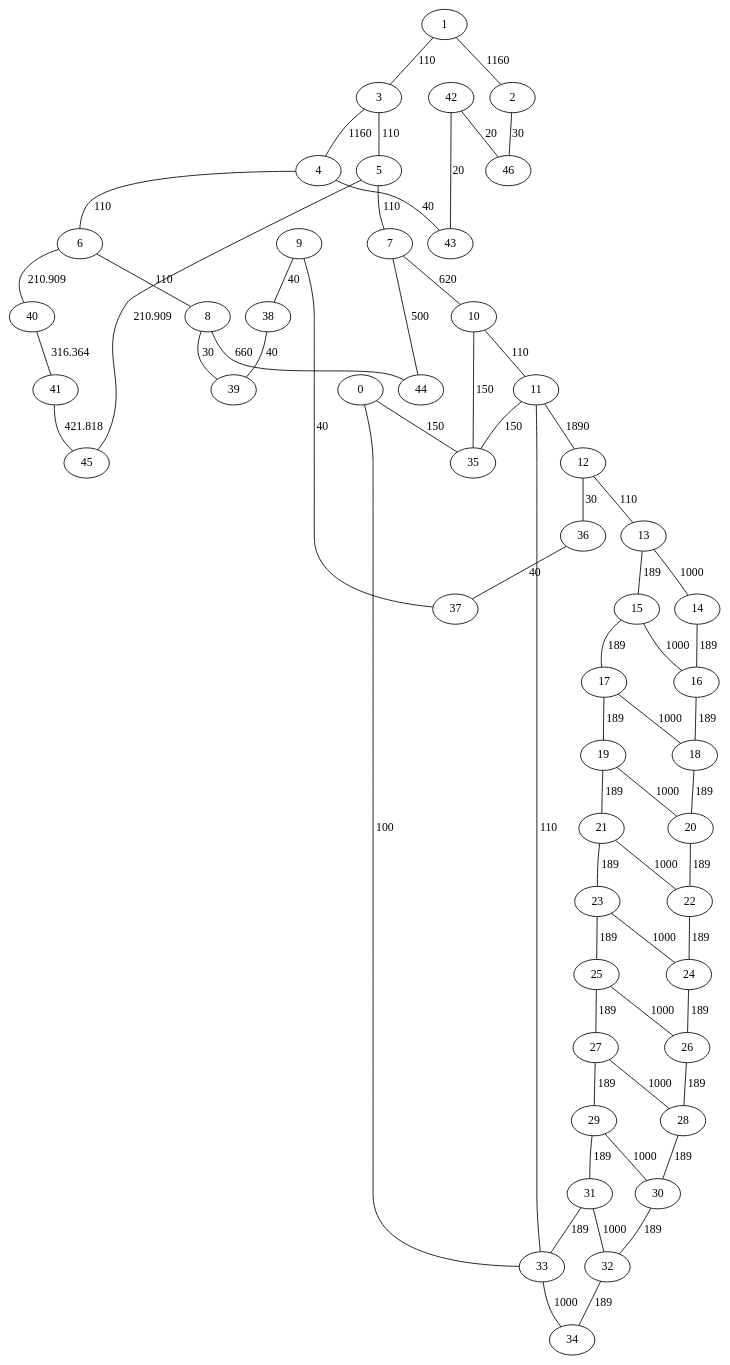
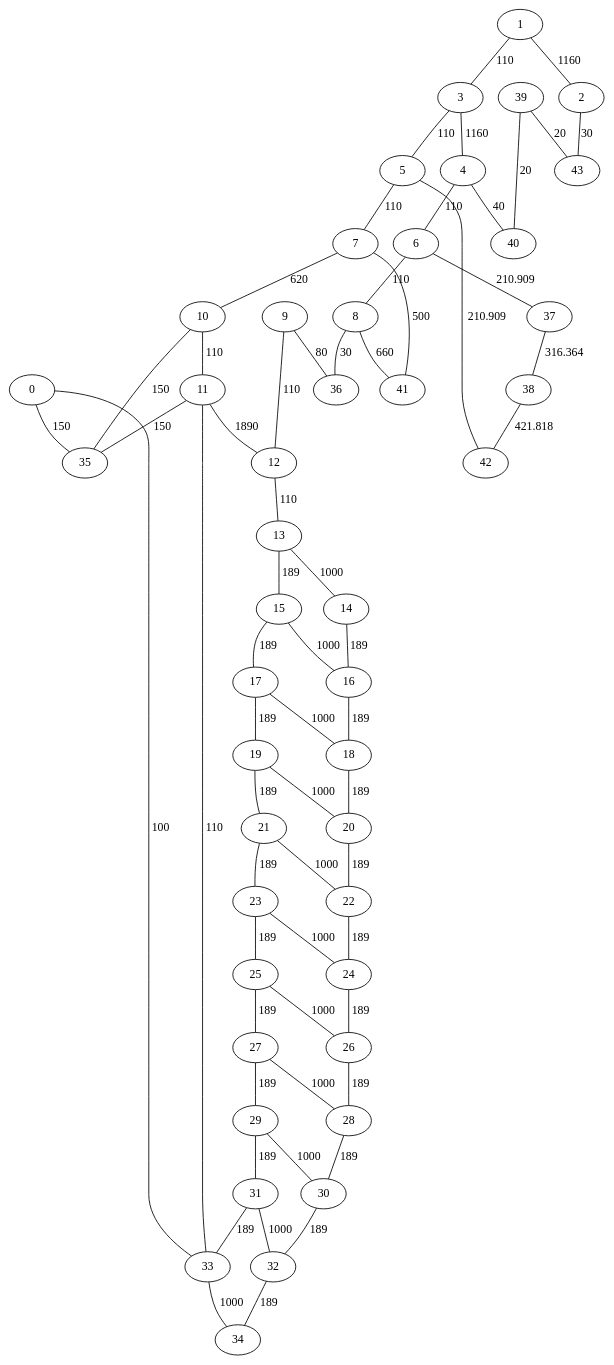
The diagram in step3.dot (EmericBraud/fil_rouge_pharma), drawn with Graphviz before and after one commit. The commit also changed 23 other files, not shown here.

```diff
--- a/step3.dot
+++ b/step3.dot
@@ -1,65 +1,62 @@
 graph Warehouse {
     0 -- 35 [label="150"];
     0 -- 33 [label="100"];
     1 -- 3 [label="110"];
     1 -- 2 [label="1160"];
-    2 -- 46 [label="30"];
+    2 -- 43 [label="30"];
     3 -- 5 [label="110"];
     3 -- 4 [label="1160"];
-    4 -- 43 [label="40"];
+    4 -- 40 [label="40"];
     4 -- 6 [label="110"];
-    5 -- 45 [label="210.909"];
     5 -- 7 [label="110"];
-    6 -- 40 [label="210.909"];
+    5 -- 42 [label="210.909"];
+    6 -- 37 [label="210.909"];
     6 -- 8 [label="110"];
+    7 -- 41 [label="500"];
     7 -- 10 [label="620"];
-    7 -- 44 [label="500"];
-    8 -- 44 [label="660"];
-    8 -- 39 [label="30"];
-    9 -- 38 [label="40"];
-    9 -- 37 [label="40"];
+    8 -- 41 [label="660"];
+    8 -- 36 [label="30"];
+    9 -- 36 [label="80"];
+    9 -- 12 [label="110"];
     10 -- 35 [label="150"];
     10 -- 11 [label="110"];
     11 -- 35 [label="150"];
     11 -- 33 [label="110"];
     11 -- 12 [label="1890"];
-    12 -- 36 [label="30"];
     12 -- 13 [label="110"];
     13 -- 15 [label="189"];
     13 -- 14 [label="1000"];
     14 -- 16 [label="189"];
     15 -- 17 [label="189"];
     15 -- 16 [label="1000"];
     16 -- 18 [label="189"];
     17 -- 19 [label="189"];
     17 -- 18 [label="1000"];
     18 -- 20 [label="189"];
     19 -- 21 [label="189"];
     19 -- 20 [label="1000"];
     20 -- 22 [label="189"];
     21 -- 23 [label="189"];
     21 -- 22 [label="1000"];
     22 -- 24 [label="189"];
     23 -- 25 [label="189"];
     23 -- 24 [label="1000"];
     24 -- 26 [label="189"];
     25 -- 27 [label="189"];
     25 -- 26 [label="1000"];
     26 -- 28 [label="189"];
     27 -- 29 [label="189"];
     27 -- 28 [label="1000"];
     28 -- 30 [label="189"];
     29 -- 31 [label="189"];
     29 -- 30 [label="1000"];
     30 -- 32 [label="189"];
     31 -- 33 [label="189"];
     31 -- 32 [label="1000"];
     32 -- 34 [label="189"];
     33 -- 34 [label="1000"];
-    36 -- 37 [label="40"];
-    38 -- 39 [label="40"];
-    40 -- 41 [label="316.364"];
-    41 -- 45 [label="421.818"];
-    42 -- 43 [label="20"];
-    42 -- 46 [label="20"];
+    37 -- 38 [label="316.364"];
+    38 -- 42 [label="421.818"];
+    39 -- 40 [label="20"];
+    39 -- 43 [label="20"];
 }
```
